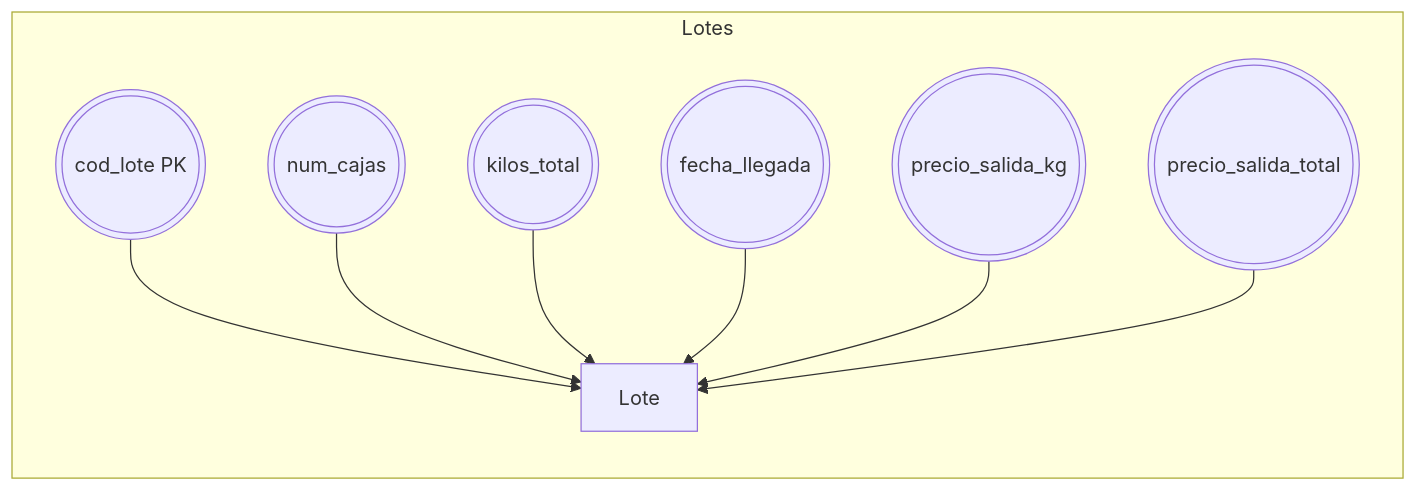
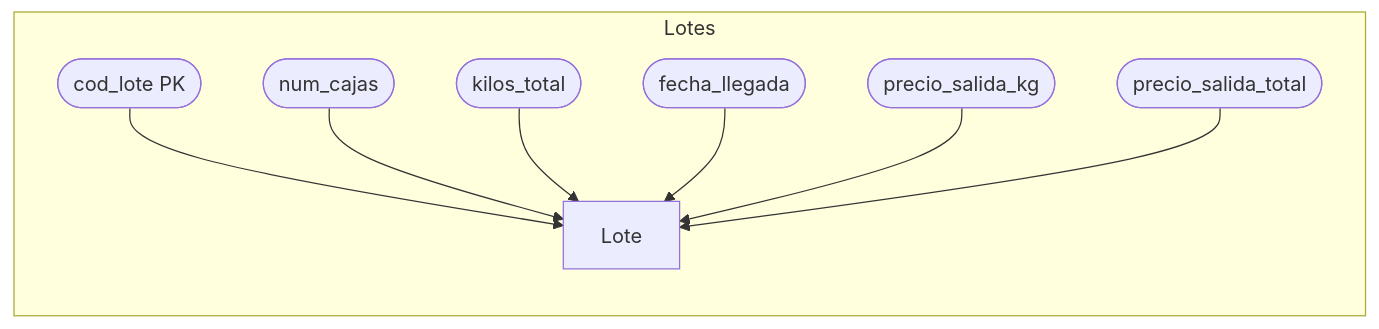
The first of 7 diagrams in DataBases/lonja_DB.md (JulTob/Data), drawn with Mermaid before and after one commit. The commit also changed other lines of this file, not shown here.

````diff
--- a/DataBases/lonja_DB.md
+++ b/DataBases/lonja_DB.md
@@ -146,14 +146,14 @@
 ```mermaid
 flowchart LR   
   %% Atributos LOTE
   subgraph Lotes
-  cod_lote(((cod_lote PK))):::atributo --> Lote
-  num_cajas(((num_cajas))):::atributo --> Lote
-  kilos_total(((kilos_total))):::atributo --> Lote
-  fecha_llegada(((fecha_llegada))):::atributo --> Lote
-  precio_salida_kg(((precio_salida_kg))):::atributo --> Lote
-  precio_salida_total(((precio_salida_total))):::atributo --> Lote
+  cod_lote([cod_lote PK]):::atributo --> Lote
+  num_cajas([num_cajas]):::atributo --> Lote
+  kilos_total([kilos_total]):::atributo --> Lote
+  fecha_llegada([fecha_llegada]):::atributo --> Lote
+  precio_salida_kg([precio_salida_kg]):::atributo --> Lote
+  precio_salida_total([precio_salida_total]):::atributo --> Lote
   end
 
 
 ```
````
